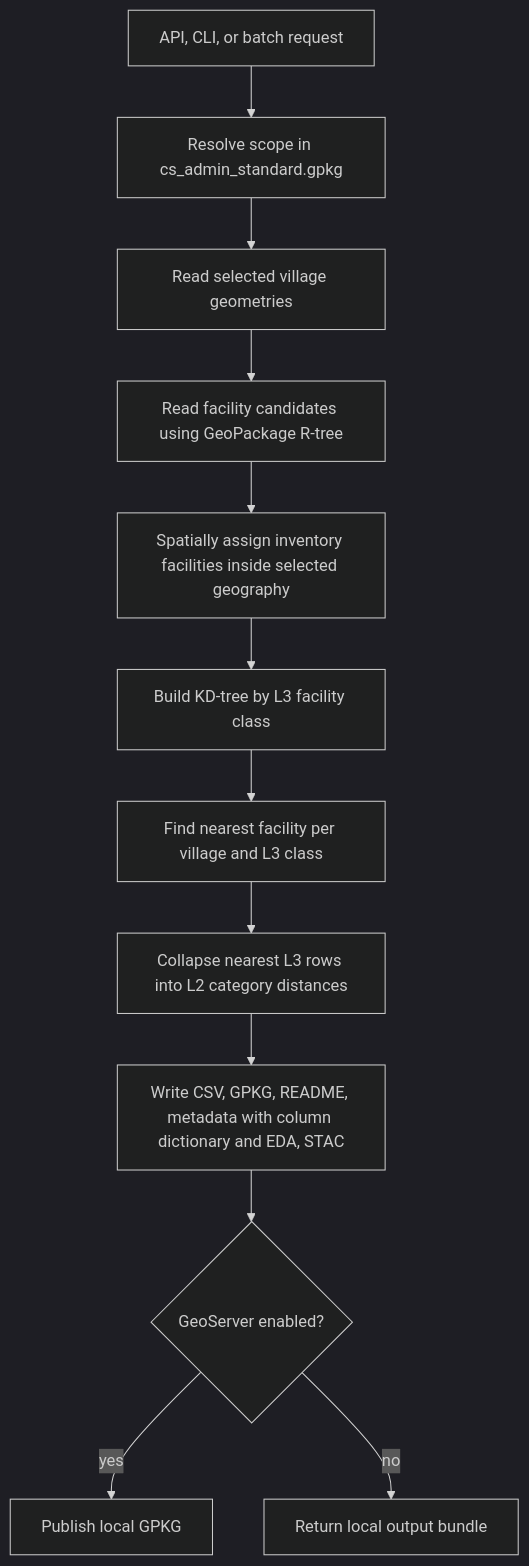
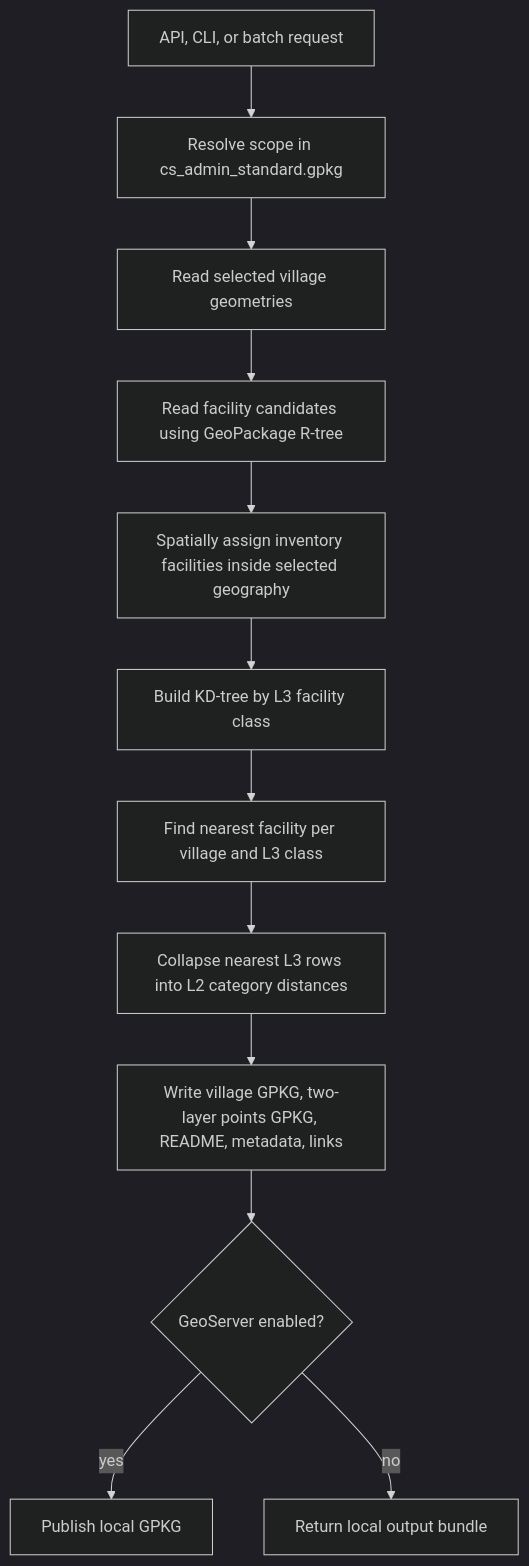
The diagram in computing/misc/facilities/README.md (core-stack-org/core-stack-backend), drawn with Mermaid (dark theme) before and after one commit. The commit also changed other lines of this file and 16 other files, not shown here.

````diff
--- a/computing/misc/facilities/README.md
+++ b/computing/misc/facilities/README.md
@@ -97,14 +97,14 @@
 ```mermaid
 flowchart TD
     A[API, CLI, or batch request] --> B[Resolve scope in cs_admin_standard.gpkg]
     B --> C[Read selected village geometries]
     C --> D[Read facility candidates using GeoPackage R-tree]
     D --> E[Spatially assign inventory facilities inside selected geography]
     E --> F[Build KD-tree by L3 facility class]
     F --> G[Find nearest facility per village and L3 class]
     G --> H[Collapse nearest L3 rows into L2 category distances]
-    H --> I[Write CSV, GPKG, README, metadata with column dictionary and EDA, STAC]
+    H --> I[Write village GPKG, two-layer points GPKG, README, metadata, links]
     I --> J{GeoServer enabled?}
     J -- yes --> K[Publish local GPKG]
     J -- no --> L[Return local output bundle]
 ```
````
